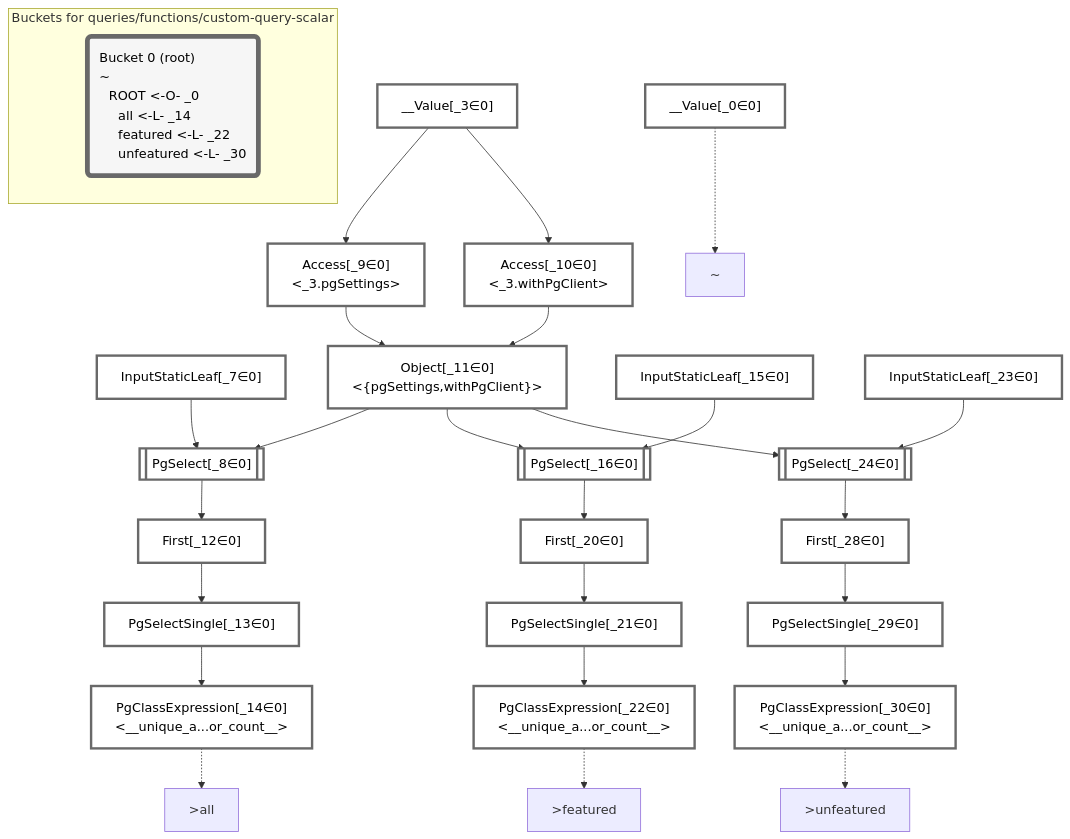
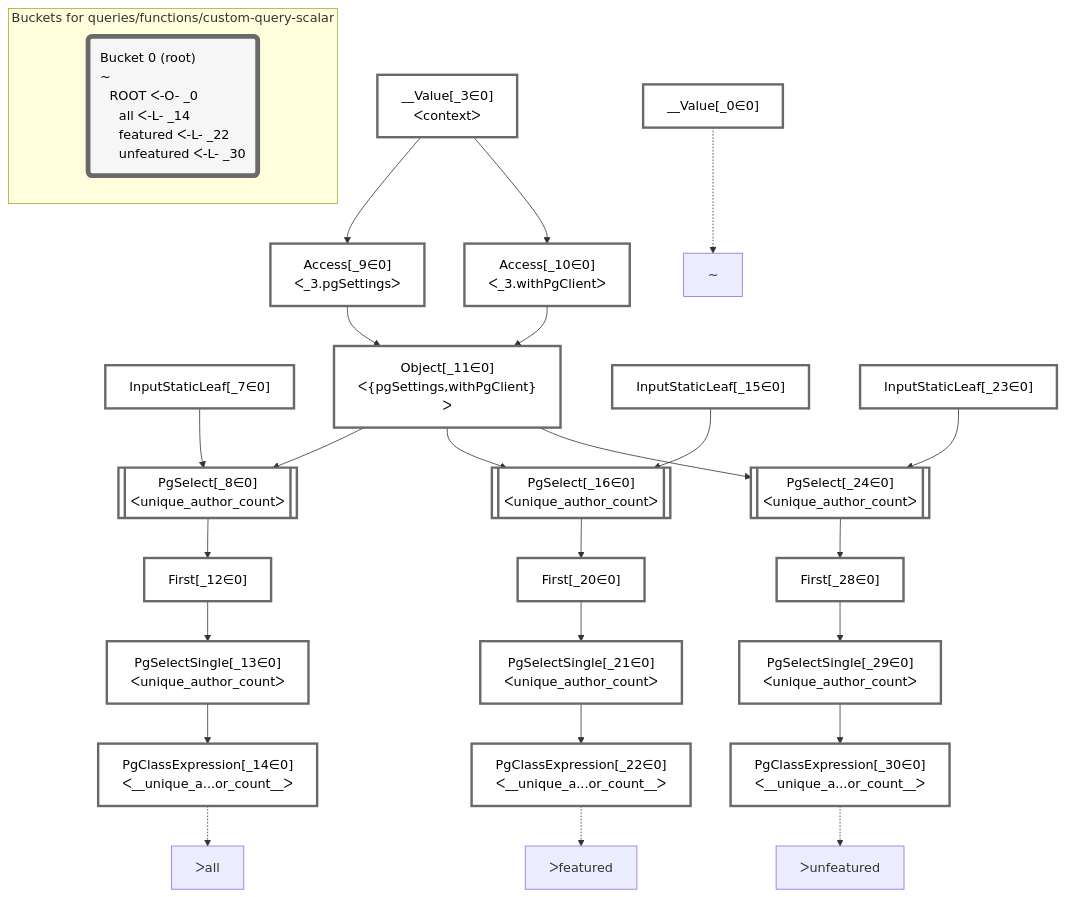
One commit to graphile/crystal changed the diagram in packages/dataplan-pg/__tests__/queries/functions/custom-query-scalar.mermaid.md. Above: the diagram before and after it, drawn with Mermaid. The commit also changed 195 other files, not shown here.

````diff
--- a/packages/dataplan-pg/__tests__/queries/functions/custom-query-scalar.mermaid.md
+++ b/packages/dataplan-pg/__tests__/queries/functions/custom-query-scalar.mermaid.md
@@ -1,71 +1,71 @@
 ```mermaid
 graph TD
     classDef path fill:#eee,stroke:#000,color:#000
     classDef plan fill:#fff,stroke-width:3px,color:#000
     classDef itemplan fill:#fff,stroke-width:6px,color:#000
     classDef sideeffectplan fill:#f00,stroke-width:6px,color:#000
     classDef bucket fill:#f6f6f6,color:#000,stroke-width:6px,text-align:left
 
 
     %% define plans
     __Value_0["__Value[_0∈0]"]:::plan
-    __Value_3["__Value[_3∈0]<br /><context>"]:::plan
+    __Value_3["__Value[_3∈0]<br />ᐸcontextᐳ"]:::plan
     InputStaticLeaf_7["InputStaticLeaf[_7∈0]"]:::plan
-    PgSelect_8[["PgSelect[_8∈0]<br /><unique_author_count>"]]:::plan
-    Access_9["Access[_9∈0]<br /><_3.pgSettings>"]:::plan
-    Access_10["Access[_10∈0]<br /><_3.withPgClient>"]:::plan
-    Object_11["Object[_11∈0]<br /><{pgSettings,withPgClient}>"]:::plan
+    PgSelect_8[["PgSelect[_8∈0]<br />ᐸunique_author_countᐳ"]]:::plan
+    Access_9["Access[_9∈0]<br />ᐸ_3.pgSettingsᐳ"]:::plan
+    Access_10["Access[_10∈0]<br />ᐸ_3.withPgClientᐳ"]:::plan
+    Object_11["Object[_11∈0]<br />ᐸ{pgSettings,withPgClient}ᐳ"]:::plan
     First_12["First[_12∈0]"]:::plan
-    PgSelectSingle_13["PgSelectSingle[_13∈0]<br /><unique_author_count>"]:::plan
-    PgClassExpression_14["PgClassExpression[_14∈0]<br /><__unique_a...or_count__>"]:::plan
+    PgSelectSingle_13["PgSelectSingle[_13∈0]<br />ᐸunique_author_countᐳ"]:::plan
+    PgClassExpression_14["PgClassExpression[_14∈0]<br />ᐸ__unique_a...or_count__ᐳ"]:::plan
     InputStaticLeaf_15["InputStaticLeaf[_15∈0]"]:::plan
-    PgSelect_16[["PgSelect[_16∈0]<br /><unique_author_count>"]]:::plan
+    PgSelect_16[["PgSelect[_16∈0]<br />ᐸunique_author_countᐳ"]]:::plan
     First_20["First[_20∈0]"]:::plan
-    PgSelectSingle_21["PgSelectSingle[_21∈0]<br /><unique_author_count>"]:::plan
-    PgClassExpression_22["PgClassExpression[_22∈0]<br /><__unique_a...or_count__>"]:::plan
+    PgSelectSingle_21["PgSelectSingle[_21∈0]<br />ᐸunique_author_countᐳ"]:::plan
+    PgClassExpression_22["PgClassExpression[_22∈0]<br />ᐸ__unique_a...or_count__ᐳ"]:::plan
     InputStaticLeaf_23["InputStaticLeaf[_23∈0]"]:::plan
-    PgSelect_24[["PgSelect[_24∈0]<br /><unique_author_count>"]]:::plan
+    PgSelect_24[["PgSelect[_24∈0]<br />ᐸunique_author_countᐳ"]]:::plan
     First_28["First[_28∈0]"]:::plan
-    PgSelectSingle_29["PgSelectSingle[_29∈0]<br /><unique_author_count>"]:::plan
-    PgClassExpression_30["PgClassExpression[_30∈0]<br /><__unique_a...or_count__>"]:::plan
+    PgSelectSingle_29["PgSelectSingle[_29∈0]<br />ᐸunique_author_countᐳ"]:::plan
+    PgClassExpression_30["PgClassExpression[_30∈0]<br />ᐸ__unique_a...or_count__ᐳ"]:::plan
 
     %% plan dependencies
     Object_11 --> PgSelect_8
     InputStaticLeaf_7 --> PgSelect_8
     __Value_3 --> Access_9
     __Value_3 --> Access_10
     Access_9 --> Object_11
     Access_10 --> Object_11
     PgSelect_8 --> First_12
     First_12 --> PgSelectSingle_13
     PgSelectSingle_13 --> PgClassExpression_14
     Object_11 --> PgSelect_16
     InputStaticLeaf_15 --> PgSelect_16
     PgSelect_16 --> First_20
     First_20 --> PgSelectSingle_21
     PgSelectSingle_21 --> PgClassExpression_22
     Object_11 --> PgSelect_24
     InputStaticLeaf_23 --> PgSelect_24
     PgSelect_24 --> First_28
     First_28 --> PgSelectSingle_29
     PgSelectSingle_29 --> PgClassExpression_30
 
     %% plan-to-path relationships
     P_0["~"]
     __Value_0 -.-> P_0
-    P_14[">all"]
+    P_14["ᐳall"]
     PgClassExpression_14 -.-> P_14
-    P_22[">featured"]
+    P_22["ᐳfeatured"]
     PgClassExpression_22 -.-> P_22
-    P_30[">unfeatured"]
+    P_30["ᐳunfeatured"]
     PgClassExpression_30 -.-> P_30
 
     %% allocate buckets
     classDef bucket0 stroke:#696969
     class __Value_0,__Value_3,InputStaticLeaf_7,PgSelect_8,Access_9,Access_10,Object_11,First_12,PgSelectSingle_13,PgClassExpression_14,InputStaticLeaf_15,PgSelect_16,First_20,PgSelectSingle_21,PgClassExpression_22,InputStaticLeaf_23,PgSelect_24,First_28,PgSelectSingle_29,PgClassExpression_30 bucket0
 
     subgraph "Buckets for queries/functions/custom-query-scalar"
-    Bucket0("Bucket 0 (root)<br />~<br />⠀ROOT <-O- _0<br />⠀⠀all <-L- _14<br />⠀⠀featured <-L- _22<br />⠀⠀unfeatured <-L- _30"):::bucket
+    Bucket0("Bucket 0 (root)<br />~<br />⠀ROOT ᐸ-O- _0<br />⠀⠀all ᐸ-L- _14<br />⠀⠀featured ᐸ-L- _22<br />⠀⠀unfeatured ᐸ-L- _30"):::bucket
     style Bucket0 stroke:#696969
     end
 ```
````
